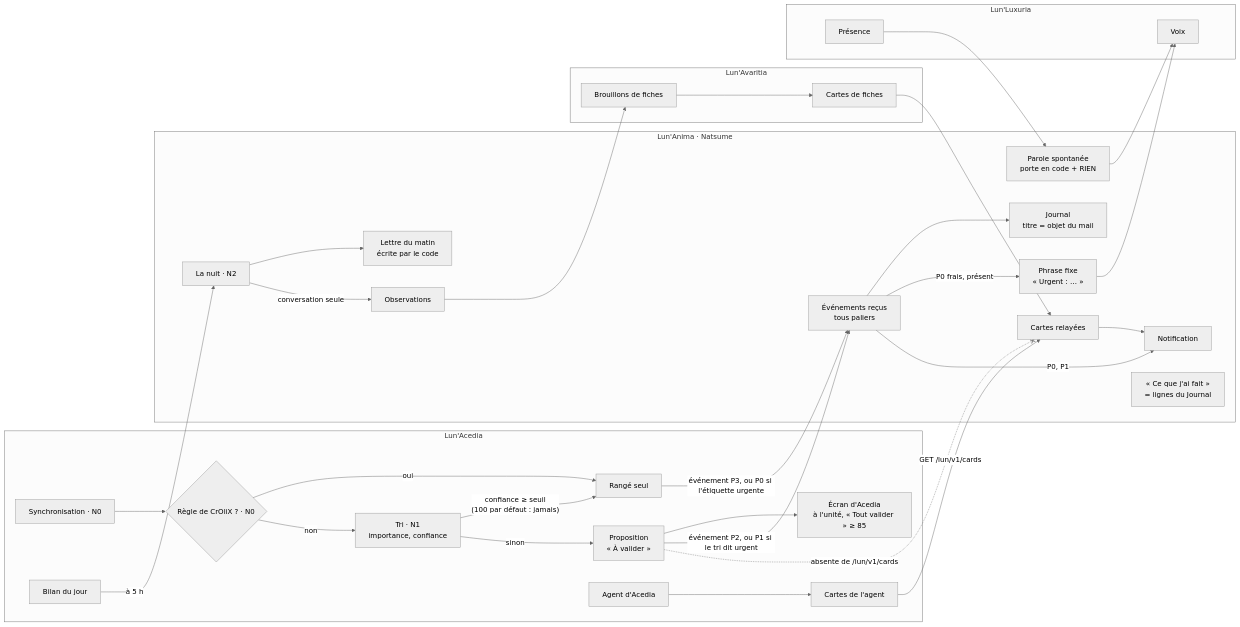
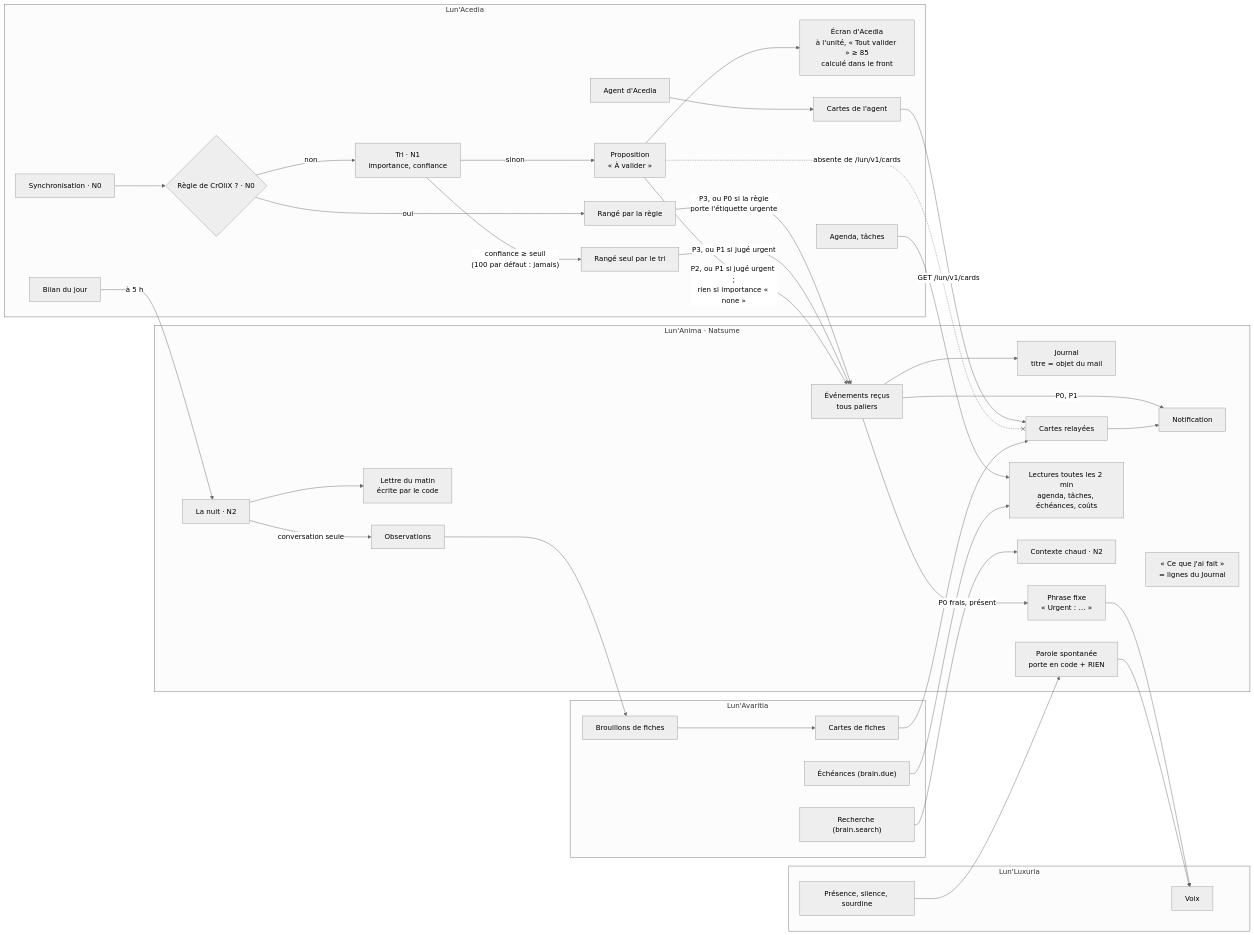
The first of 3 diagrams in docs/specs/2026-11-25-carte-des-flux-design.md (Lun-Ecosystem/lun-docs), drawn with Mermaid (neutral theme) before and after one commit. The commit also changed other lines of this file and 2 other files, not shown here.

First line of the commit message:
docs(specs): fold the 25/11 review into the flow map, add the stack

````diff
--- a/docs/specs/2026-11-25-carte-des-flux-design.md
+++ b/docs/specs/2026-11-25-carte-des-flux-design.md
@@ -60,43 +66,52 @@
 ```mermaid
 flowchart LR
     subgraph ACE["Lun'Acedia"]
         SY["Synchronisation · N0"] --> RU{"Règle de CrOliX ? · N0"}
-        RU -- "oui" --> AUTO["Rangé seul"]
+        RU -- "oui" --> AR["Rangé par la règle"]
         RU -- "non" --> TRI["Tri · N1<br/>importance, confiance"]
-        TRI -- "confiance ≥ seuil<br/>(100 par défaut : jamais)" --> AUTO
+        TRI -- "confiance ≥ seuil<br/>(100 par défaut : jamais)" --> AS["Rangé seul par le tri"]
         TRI -- "sinon" --> PROP["Proposition<br/>« À valider »"]
-        PROP --> SCR["Écran d'Acedia<br/>à l'unité, « Tout valider » ≥ 85"]
+        PROP --> SCR["Écran d'Acedia<br/>à l'unité, « Tout valider » ≥ 85<br/>calculé dans le front"]
         AG["Agent d'Acedia"] --> CA["Cartes de l'agent"]
         DG["Bilan du jour"]
+        AGD["Agenda, tâches"]
     end
 
     subgraph CORE["Lun'Anima · Natsume"]
         EV["Événements reçus<br/>tous paliers"] --> JO["Journal<br/>titre = objet du mail"]
         EV -- "P0 frais, présent" --> SAY["Phrase fixe<br/>« Urgent : … »"]
         EV -- "P0, P1" --> PU["Notification"]
         CC["Cartes relayées"] --> PU
+        RD["Lectures toutes les 2 min<br/>agenda, tâches, échéances, coûts"]
         NI["La nuit · N2"] --> LE["Lettre du matin<br/>écrite par le code"]
         NI -- "conversation seule" --> OB["Observations"]
+        WA["Contexte chaud · N2"]
         SP["Parole spontanée<br/>porte en code + RIEN"]
         MOT["« Ce que j'ai fait »<br/>= lignes du Journal"]
     end
 
     subgraph AVA["Lun'Avaritia"]
         BR["Brouillons de fiches"] --> AC["Cartes de fiches"]
+        DUE["Échéances (brain.due)"]
+        SE["Recherche (brain.search)"]
     end
 
     subgraph LUX["Lun'Luxuria"]
-        PR["Présence"] --> SP
+        PR["Présence, silence, sourdine"] --> SP
         VO["Voix"]
     end
 
-    AUTO -- "événement P3, ou P0 si l'étiquette urgente" --> EV
-    PROP -- "événement P2, ou P1 si le tri dit urgent" --> EV
+    AR -- "P3, ou P0 si la règle<br/>porte l'étiquette urgente" --> EV
+    AS -- "P3, ou P1 si jugé urgent" --> EV
+    PROP -- "P2, ou P1 si jugé urgent ;<br/>rien si importance « none »" --> EV
     CA -- "GET /lun/v1/cards" --> CC
     PROP -. "absente de /lun/v1/cards" .-x CC
+    AGD --> RD
+    DUE --> RD
+    SE --> WA
     DG -- "à 5 h" --> NI
     OB --> BR
     AC --> CC
     SAY --> VO
     SP --> VO
 ```
````
